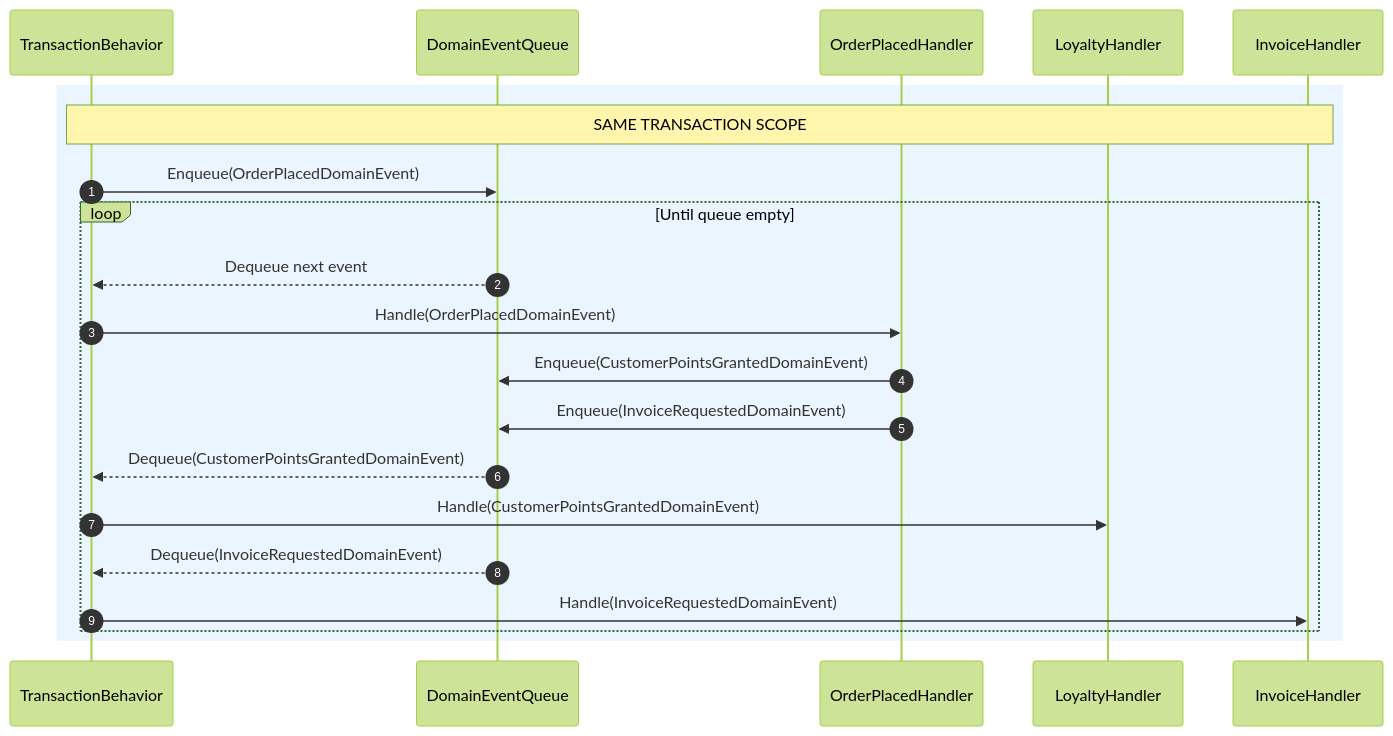
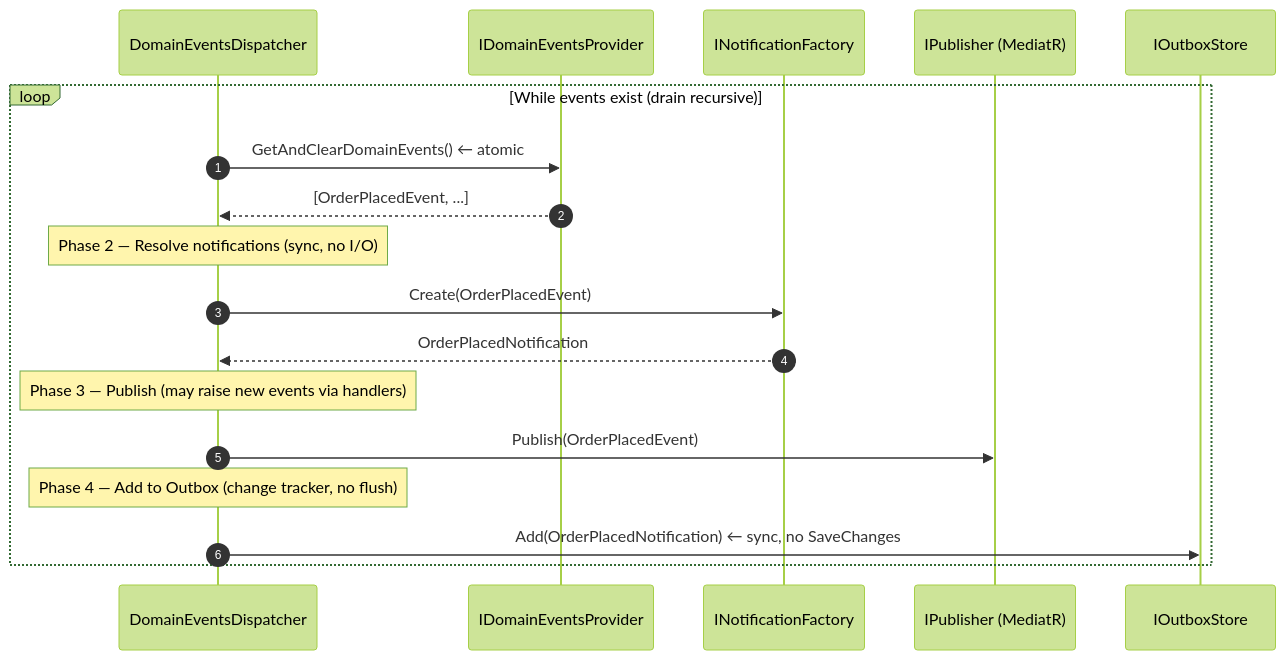
The second of 3 diagrams in modules/MicroKit.MediatR/.claude-context/context/transaction-behavior-design.md (michaelatsey/microkit), drawn with Mermaid (forest theme) before and after one commit. The commit also changed other lines of this file and 28 other files, not shown here.

First line of the commit message:
refactor: align TransactionBehavior design — breaking interface changes

````diff
--- a/modules/MicroKit.MediatR/.claude-context/context/transaction-behavior-design.md
+++ b/modules/MicroKit.MediatR/.claude-context/context/transaction-behavior-design.md
@@ -98,28 +70,24 @@
 ```mermaid
 sequenceDiagram
     autonumber
+    participant DD as DomainEventsDispatcher
+    participant DEP as IDomainEventsProvider
+    participant NF as INotificationFactory
+    participant PUB as IPublisher (MediatR)
+    participant OS as IOutboxStore
 
-    participant TB as TransactionBehavior
-    participant Q as DomainEventQueue
+    loop While events exist (drain recursive)
+        DD->>DEP: GetAndClearDomainEvents() ← atomic
+        DEP-->>DD: [OrderPlacedEvent, ...]
 
-    participant H1 as OrderPlacedHandler
-    participant H2 as LoyaltyHandler
-    participant H3 as InvoiceHandler
+        Note over DD: Phase 2 — Resolve notifications (sync, no I/O)
+        DD->>NF: Create(OrderPlacedEvent)
+        NF-->>DD: OrderPlacedNotification
 
-    rect rgb(235, 245, 255)
-        Note over TB,H3: SAME TRANSACTION SCOPE
+        Note over DD: Phase 3 — Publish (may raise new events via handlers)
+        DD->>PUB: Publish(OrderPlacedEvent)
 
-        TB->>Q: Enqueue(OrderPlacedDomainEvent)
-
-        loop Until queue empty
-            Q-->>TB: Dequeue next event
-            TB->>H1: Handle(OrderPlacedDomainEvent)
-            H1->>Q: Enqueue(CustomerPointsGrantedDomainEvent)
-            H1->>Q: Enqueue(InvoiceRequestedDomainEvent)
-            Q-->>TB: Dequeue(CustomerPointsGrantedDomainEvent)
-            TB->>H2: Handle(CustomerPointsGrantedDomainEvent)
-            Q-->>TB: Dequeue(InvoiceRequestedDomainEvent)
-            TB->>H3: Handle(InvoiceRequestedDomainEvent)
-        end
+        Note over DD: Phase 4 — Add to Outbox (change tracker, no flush)
+        DD->>OS: Add(OrderPlacedNotification) ← sync, no SaveChanges
     end
 ```
````
